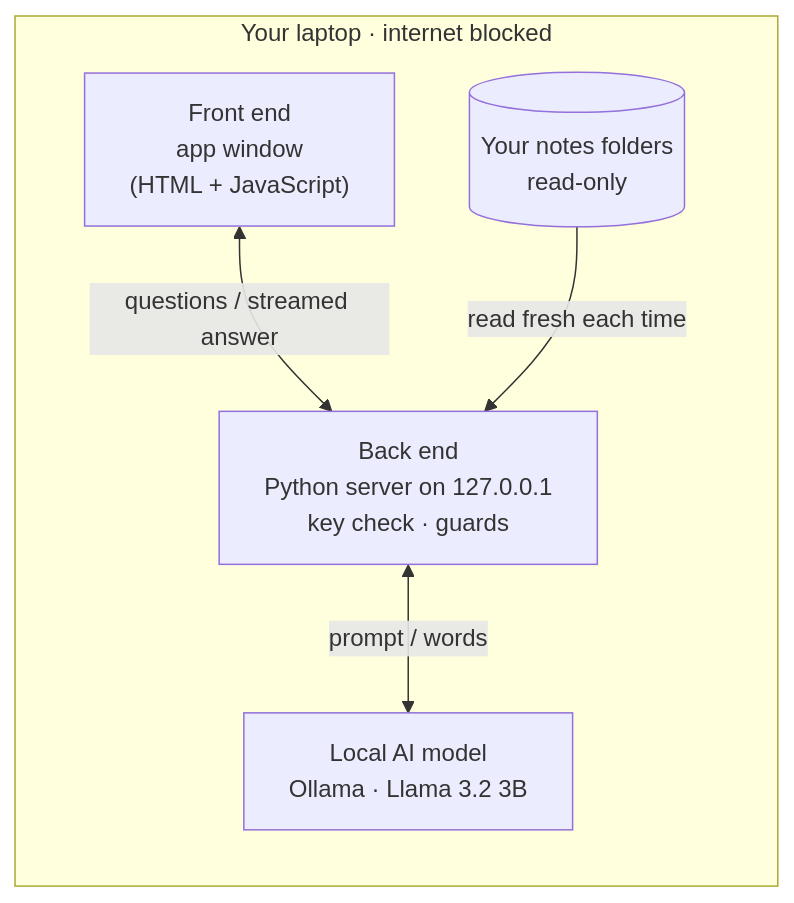
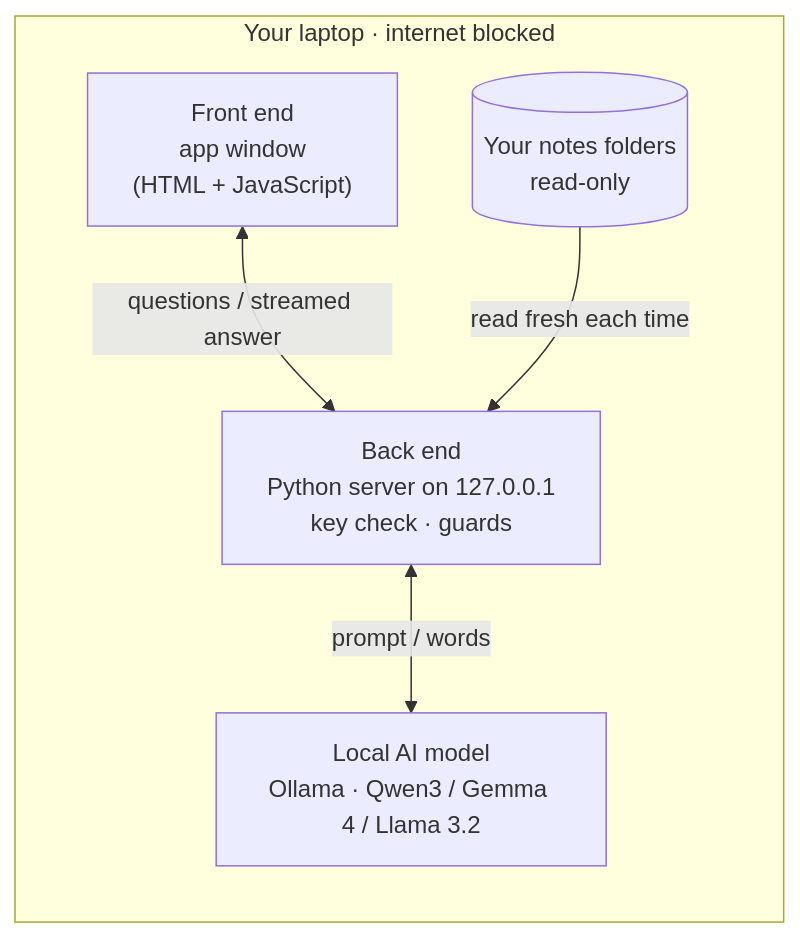
One commit to bilanabdi2345-bot/offline-agents changed the diagram in docs/architecture.md. Above: the diagram before and after it, drawn with Mermaid. The commit also changed other lines of this file and 10 other files, not shown here.

````diff
--- a/docs/architecture.md
+++ b/docs/architecture.md
@@ -3,12 +3,12 @@
 ```mermaid
 flowchart LR
     subgraph Laptop["Your laptop · internet blocked"]
       FE["Front end<br/>app window<br/>(HTML + JavaScript)"]
       BE["Back end<br/>Python server on 127.0.0.1<br/>key check · guards"]
-      AI["Local AI model<br/>Ollama · Llama 3.2 3B"]
+      AI["Local AI model<br/>Ollama · Qwen3 / Gemma 4 / Llama 3.2"]
       N[("Your notes folders<br/>read-only")]
       FE <-->|questions / streamed answer| BE
       BE <-->|prompt / words| AI
       N -->|read fresh each time| BE
     end
 ```
````
